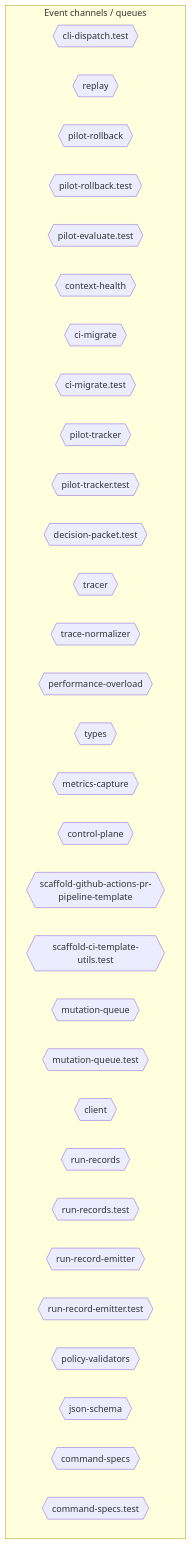
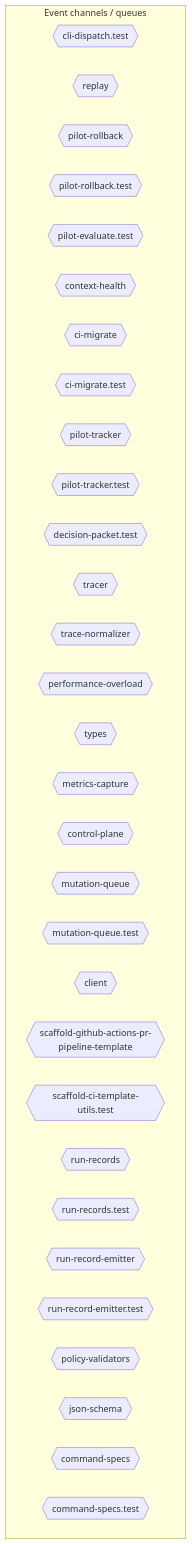
Before and after one commit to jscraik/coding-harness: the sixth of 10 diagrams in AI/context/diagram-context.md, drawn with Mermaid. The commit also changed other lines of this file, not shown here.

First line of the commit message:
docs: refresh architecture diagram context

````diff
--- a/AI/context/diagram-context.md
+++ b/AI/context/diagram-context.md
@@ -2009,37 +2020,37 @@
 ```mermaid
 flowchart TD
   subgraph Channels["Event channels / queues"]
     cli_dispatch_test_54c9f17b{{"cli-dispatch.test"}}
     replay_ac203c98{{"replay"}}
     pilot_rollback_00c1f82c{{"pilot-rollback"}}
     pilot_rollback_test_e61d5a2b{{"pilot-rollback.test"}}
     pilot_evaluate_test_a2ac06fc{{"pilot-evaluate.test"}}
     context_health_80bb7da9{{"context-health"}}
     ci_migrate_78bb70b1{{"ci-migrate"}}
     ci_migrate_test_2a015bb9{{"ci-migrate.test"}}
     pilot_tracker_5c767813{{"pilot-tracker"}}
     pilot_tracker_test_80398a66{{"pilot-tracker.test"}}
     decision_packet_test_9ea0e97b{{"decision-packet.test"}}
     tracer_1e6243a2{{"tracer"}}
     trace_normalizer_cb1be1d2{{"trace-normalizer"}}
     performance_overload_c685bfcf{{"performance-overload"}}
     types_9_1db4641f{{"types"}}
     metrics_capture_1d1a2c08{{"metrics-capture"}}
     control_plane_96826665{{"control-plane"}}
-    scaffold_github_actions_pr_pipeline_template_e2b85f62{{"scaffold-github-actions-pr-pipeline-template"}}
-    scaffold_ci_template_utils_test_b94825d9{{"scaffold-ci-template-utils.test"}}
     mutation_queue_ce5a530e{{"mutation-queue"}}
     mutation_queue_test_10b599e8{{"mutation-queue.test"}}
     client_1_914e1681{{"client"}}
+    scaffold_github_actions_pr_pipeline_template_e2b85f62{{"scaffold-github-actions-pr-pipeline-template"}}
+    scaffold_ci_template_utils_test_b94825d9{{"scaffold-ci-template-utils.test"}}
     run_records_f616aa7c{{"run-records"}}
     run_records_test_3ee6a0e3{{"run-records.test"}}
     run_record_emitter_00168a3a{{"run-record-emitter"}}
     run_record_emitter_test_5475c0da{{"run-record-emitter.test"}}
     policy_validators_6682e192{{"policy-validators"}}
     json_schema_74a768d7{{"json-schema"}}
     command_specs_69167c63{{"command-specs"}}
     command_specs_test_7f693e85{{"command-specs.test"}}
   end
   classDef eventNode fill:#db2777,color:#fff
 
 ```
````
